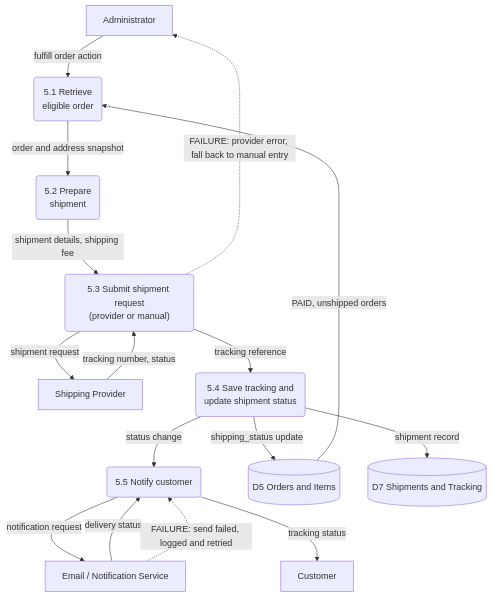
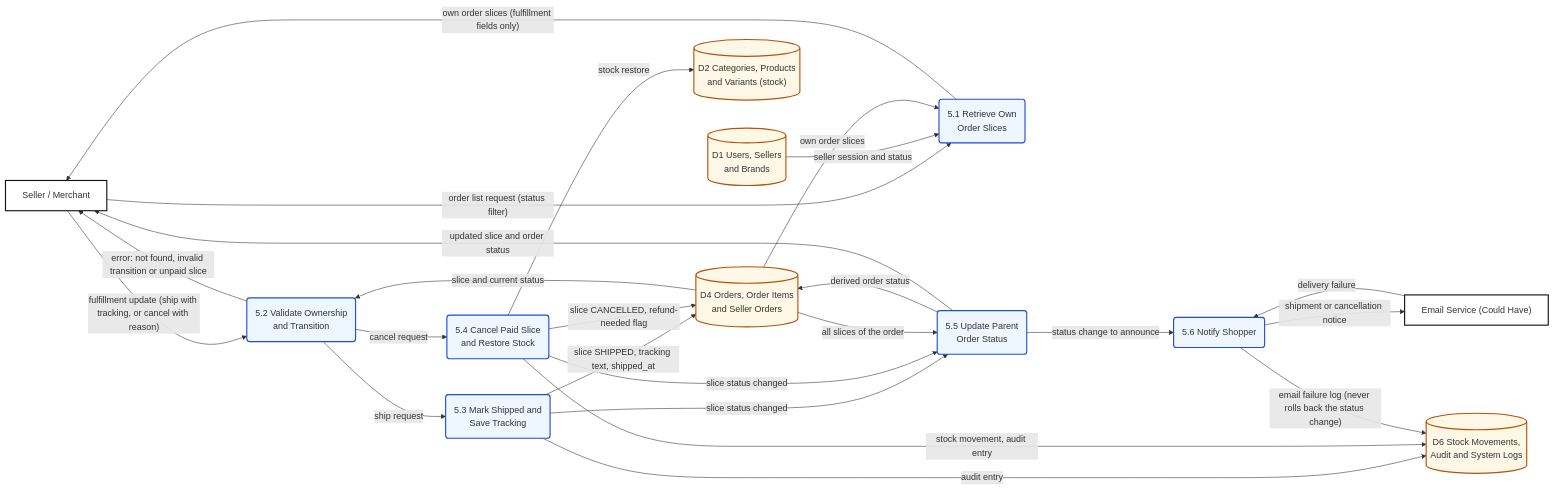
One commit to Nai-kun/STRIDERA---Ecommerce- changed the diagram in contents/diagrams/dfd-level-2-fulfillment.mmd. Above: the diagram before and after it, drawn with Mermaid. The commit also changed 5 other files, not shown here.

Commit message:
docs(diagrams): update ERD and Level 0-2 DFDs for multi-seller architecture

```diff
--- a/contents/diagrams/dfd-level-2-fulfillment.mmd
+++ b/contents/diagrams/dfd-level-2-fulfillment.mmd
@@ -1,30 +1,61 @@
-flowchart TB
-  ADM["Administrator"]
-  CUS["Customer"]
-  SHP["Shipping Provider"]
-  EML["Email / Notification Service"]
+%% Stridera DFD Level 2 - Seller order fulfillment (decomposes 5.0)
+%% No shipping provider: fulfillment is a manual seller update with an optional tracking text field.
+%% Allowed seller transitions: PAID to SHIPPED, PAID to CANCELLED (reason required). PENDING slices are untouchable.
+%% Failure flows: other seller's slice (404), invalid transition, unpaid slice, email failure.
+flowchart LR
+  SE["Seller / Merchant"]
+  EM["Email Service (Could Have)"]
 
-  P51("5.1 Retrieve<br/>eligible order")
-  P52("5.2 Prepare<br/>shipment")
-  P53("5.3 Submit shipment request<br/>(provider or manual)")
-  P54("5.4 Save tracking and<br/>update shipment status")
-  P55("5.5 Notify customer")
+  P51("5.1 Retrieve Own<br/>Order Slices")
+  P52("5.2 Validate Ownership<br/>and Transition")
+  P53("5.3 Mark Shipped and<br/>Save Tracking")
+  P54("5.4 Cancel Paid Slice<br/>and Restore Stock")
+  P55("5.5 Update Parent<br/>Order Status")
+  P56("5.6 Notify Shopper")
 
-  D5[("D5 Orders and Items")]
-  D7[("D7 Shipments and Tracking")]
+  D1[("D1 Users, Sellers<br/>and Brands")]
+  D2[("D2 Categories, Products<br/>and Variants (stock)")]
+  D4[("D4 Orders, Order Items<br/>and Seller Orders")]
+  D6[("D6 Stock Movements,<br/>Audit and System Logs")]
 
-  ADM -->|"fulfill order action"| P51
-  D5 -->|"PAID, unshipped orders"| P51
-  P51 -->|"order and address snapshot"| P52
-  P52 -->|"shipment details, shipping fee"| P53
-  P53 -->|"shipment request"| SHP
-  SHP -->|"tracking number, status"| P53
-  P53 -.->|"FAILURE: provider error, fall back to manual entry"| ADM
-  P53 -->|"tracking reference"| P54
-  P54 -->|"shipment record"| D7
-  P54 -->|"shipping_status update"| D5
-  P54 -->|"status change"| P55
-  P55 -->|"notification request"| EML
-  EML -->|"delivery status"| P55
-  EML -.->|"FAILURE: send failed, logged and retried"| P55
-  P55 -->|"tracking status"| CUS
+  %% ---- 5.1 Retrieve ----
+  SE -->|"order list request (status filter)"| P51
+  D1 -->|"seller session and status"| P51
+  D4 -->|"own order slices"| P51
+  P51 -->|"own order slices (fulfillment fields only)"| SE
+
+  %% ---- 5.2 Validate ----
+  SE -->|"fulfillment update (ship with tracking, or cancel with reason)"| P52
+  D4 -->|"slice and current status"| P52
+  P52 -->|"error: not found, invalid transition or unpaid slice"| SE
+  P52 -->|"ship request"| P53
+  P52 -->|"cancel request"| P54
+
+  %% ---- 5.3 Ship ----
+  P53 -->|"slice SHIPPED, tracking text, shipped_at"| D4
+  P53 -->|"audit entry"| D6
+  P53 -->|"slice status changed"| P55
+
+  %% ---- 5.4 Cancel paid slice ----
+  P54 -->|"slice CANCELLED, refund-needed flag"| D4
+  P54 -->|"stock restore"| D2
+  P54 -->|"stock movement, audit entry"| D6
+  P54 -->|"slice status changed"| P55
+
+  %% ---- 5.5 Parent order status ----
+  D4 -->|"all slices of the order"| P55
+  P55 -->|"derived order status"| D4
+  P55 -->|"updated slice and order status"| SE
+  P55 -->|"status change to announce"| P56
+
+  %% ---- 5.6 Notify ----
+  P56 -->|"shipment or cancellation notice"| EM
+  EM -->|"delivery failure"| P56
+  P56 -->|"email failure log (never rolls back the status change)"| D6
+
+  classDef ext fill:#ffffff,stroke:#111111,stroke-width:2px;
+  classDef proc fill:#eef7ff,stroke:#1d4ed8,stroke-width:2px;
+  classDef store fill:#fff8e6,stroke:#b45309,stroke-width:2px;
+  class SE,EM ext;
+  class P51,P52,P53,P54,P55,P56 proc;
+  class D1,D2,D4,D6 store;
```
